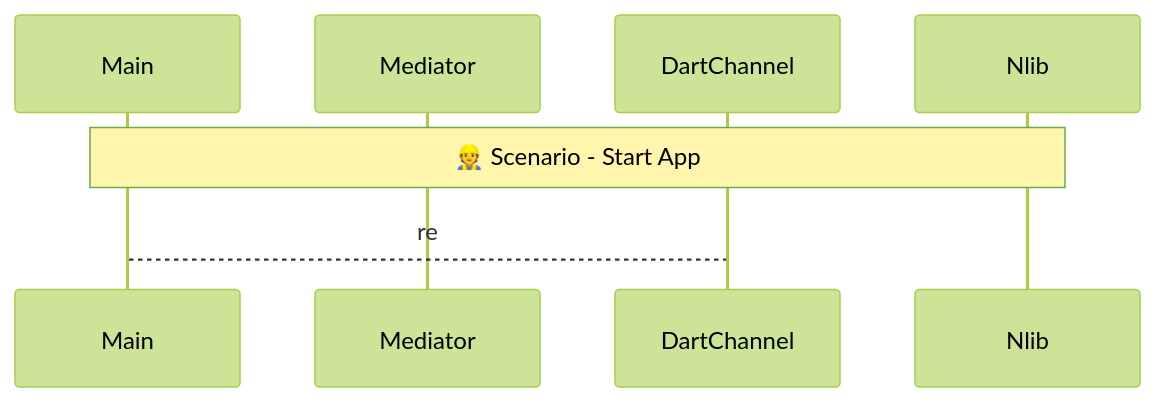
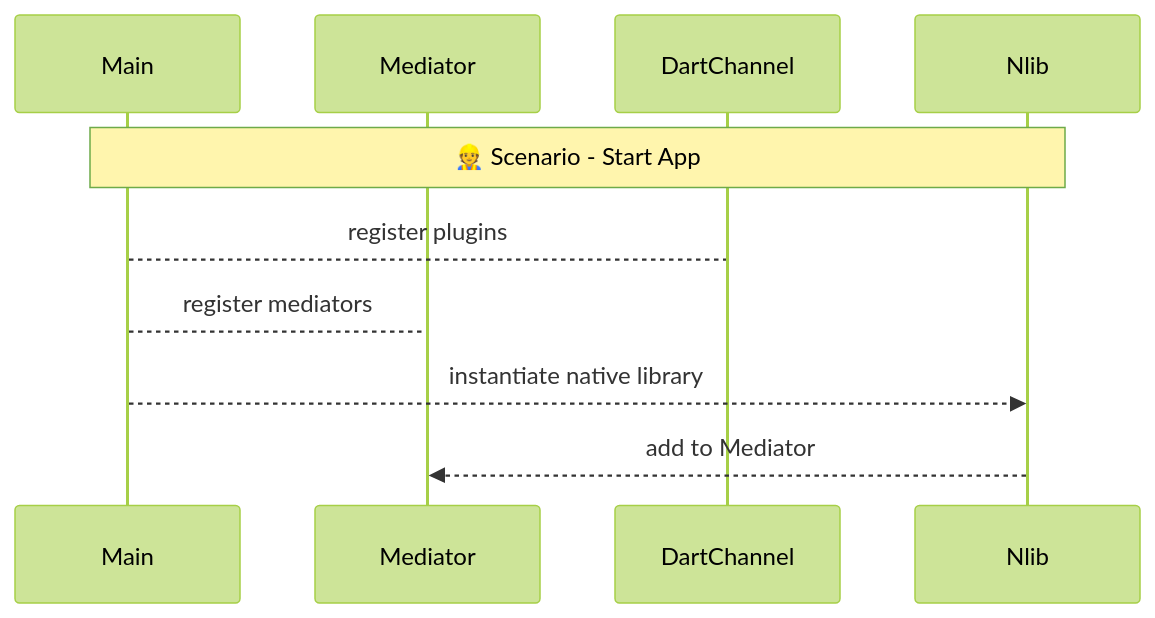
Before and after one commit to gordianknotC/nxp_note: the first of 6 diagrams in flutter/android_to_flutter.md, drawn with Mermaid (forest theme). The commit also changed other lines of this file, not shown here.

````diff
--- a/flutter/android_to_flutter.md
+++ b/flutter/android_to_flutter.md
@@ -4,11 +4,14 @@
 ```mermaid
 sequenceDiagram
 participant Main
 participant Mediator
 participant DartChannel
 participant Nlib
 
 Note over Main, Nlib: 👷 Scenario - Start App
-Main --> DartChannel: re
+Main --> DartChannel: register plugins
+Main --> Mediator: register mediators
+Main -->> Nlib: instantiate native library
+Nlib -->> Mediator: add to Mediator
 
 ```
````
